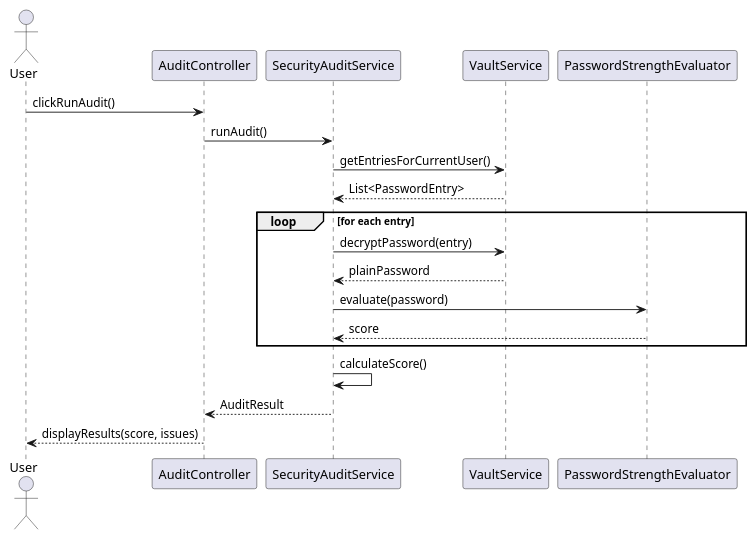
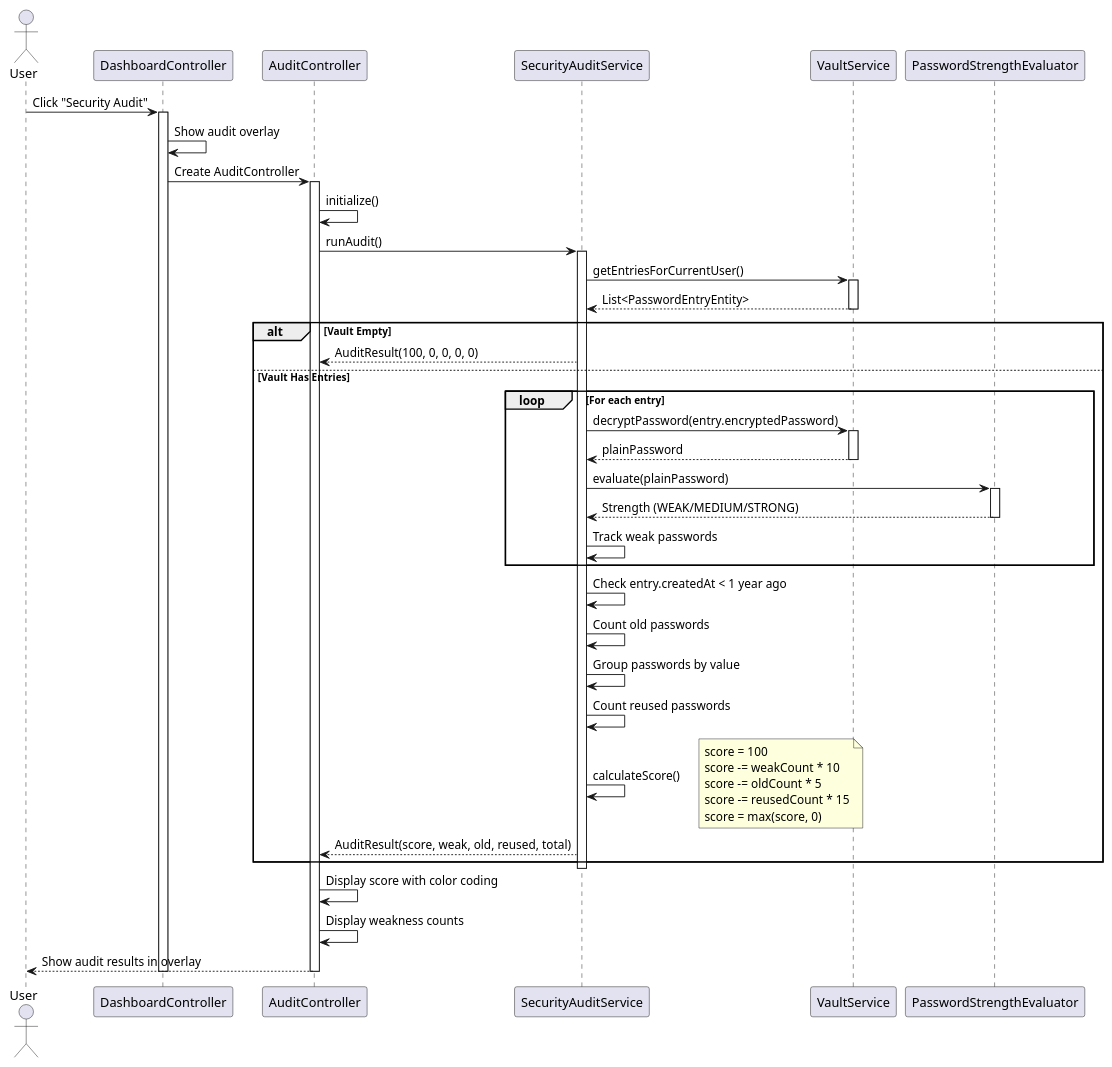
The fifth of 9 diagrams in README.md (DaniaCiampalini/SafeCoreProject), drawn with PlantUML before and after one commit. The commit also changed other lines of this file and 1 other file, not shown here.

````diff
--- a/README.md
+++ b/README.md
@@ -296,25 +1613,69 @@
 ```plantuml
 @startuml
 actor User
-participant AuditController
-participant SecurityAuditService
-participant VaultService
-participant PasswordStrengthEvaluator
+participant "DashboardController" as DC
+participant "AuditController" as AC
+participant "SecurityAuditService" as SAS
+participant "VaultService" as VS
+participant "PasswordStrengthEvaluator" as PSE
 
-User -> AuditController: clickRunAudit()
-AuditController -> SecurityAuditService: runAudit()
-SecurityAuditService -> VaultService: getEntriesForCurrentUser()
-VaultService --> SecurityAuditService: List<PasswordEntry>
+User -> DC: Click "Security Audit"
+activate DC
 
-loop for each entry
-    SecurityAuditService -> VaultService: decryptPassword(entry)
-    VaultService --> SecurityAuditService: plainPassword
-    SecurityAuditService -> PasswordStrengthEvaluator: evaluate(password)
-    PasswordStrengthEvaluator --> SecurityAuditService: score
+DC -> DC: Show audit overlay
+DC -> AC: Create AuditController
+activate AC
+
+AC -> AC: initialize()
+AC -> SAS: runAudit()
+activate SAS
+
+SAS -> VS: getEntriesForCurrentUser()
+activate VS
+VS --> SAS: List<PasswordEntryEntity>
+deactivate VS
+
+alt Vault Empty
+  SAS --> AC: AuditResult(100, 0, 0, 0, 0)
+else Vault Has Entries
+  loop For each entry
+    SAS -> VS: decryptPassword(entry.encryptedPassword)
+    activate VS
+    VS --> SAS: plainPassword
+    deactivate VS
+
+    SAS -> PSE: evaluate(plainPassword)
+    activate PSE
+    PSE --> SAS: Strength (WEAK/MEDIUM/STRONG)
+    deactivate PSE
+
+    SAS -> SAS: Track weak passwords
+  end
+
+  SAS -> SAS: Check entry.createdAt < 1 year ago
+  SAS -> SAS: Count old passwords
+
+  SAS -> SAS: Group passwords by value
+  SAS -> SAS: Count reused passwords
+
+  SAS -> SAS: calculateScore()
+  note right
+    score = 100
+    score -= weakCount * 10
+    score -= oldCount * 5
+    score -= reusedCount * 15
+    score = max(score, 0)
+  end note
+
+  SAS --> AC: AuditResult(score, weak, old, reused, total)
 end
 
-SecurityAuditService -> SecurityAuditService: calculateScore()
-SecurityAuditService --> AuditController: AuditResult
-AuditController --> User: displayResults(score, issues)
+deactivate SAS
+
+AC -> AC: Display score with color coding
+AC -> AC: Display weakness counts
+AC --> User: Show audit results in overlay
+deactivate AC
+deactivate DC
 @enduml
 ```
````
